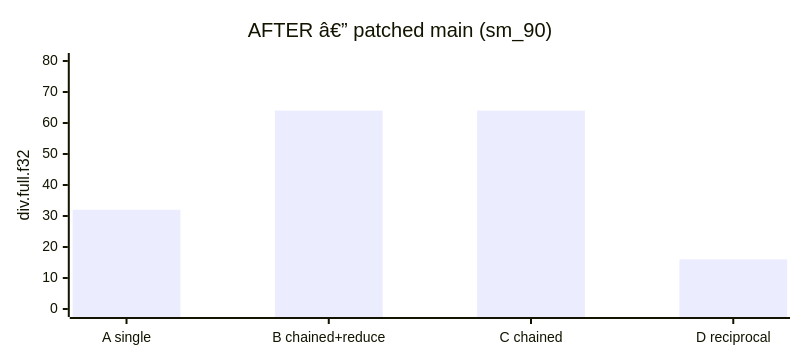
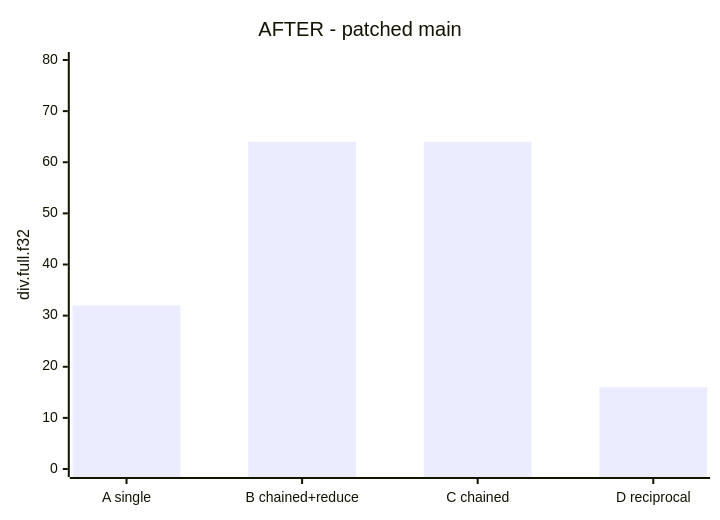
One commit to ArchanaChetan07/Triton- changed the seventh of 7 diagrams in README.md. Above: the diagram before and after it, drawn with Mermaid. The commit also changed other lines of this file, not shown here.

Commit message:
Fix README: encoding, sm_90 badge accuracy, measured PTX lines, diagrams

````diff
--- a/README.md
+++ b/README.md
@@ -165,13 +157,7 @@
 ```mermaid
----
-config:
-  xyChart:
-    width: 780
-    height: 340
----
 xychart-beta
-    title "AFTER â€” patched main (sm_90)"
+    title "AFTER - patched main"
     x-axis ["A single", "B chained+reduce", "C chained", "D reciprocal"]
     y-axis "div.full.f32" 0 --> 80
     bar [32, 64, 64, 16]
 ```
````
